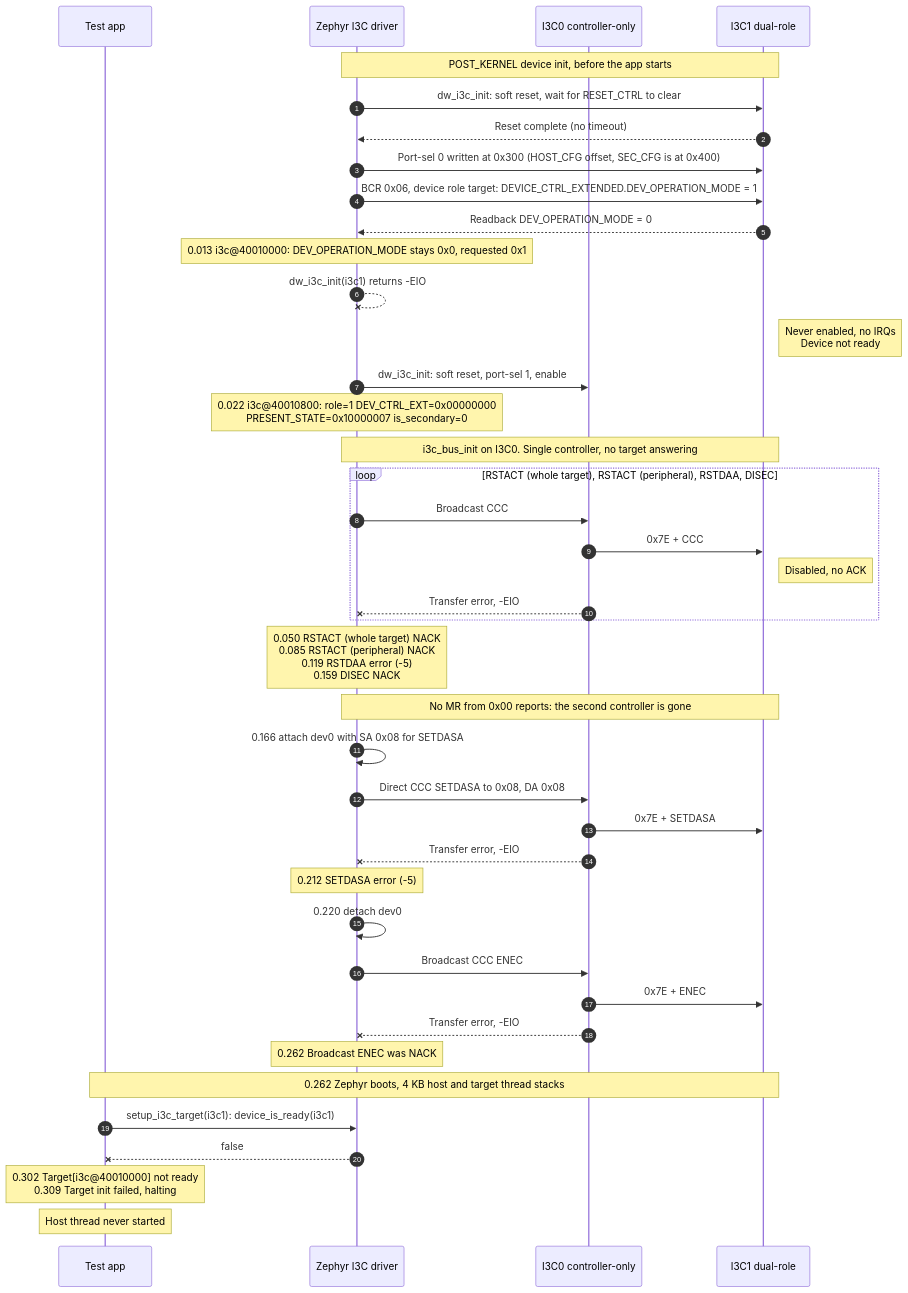
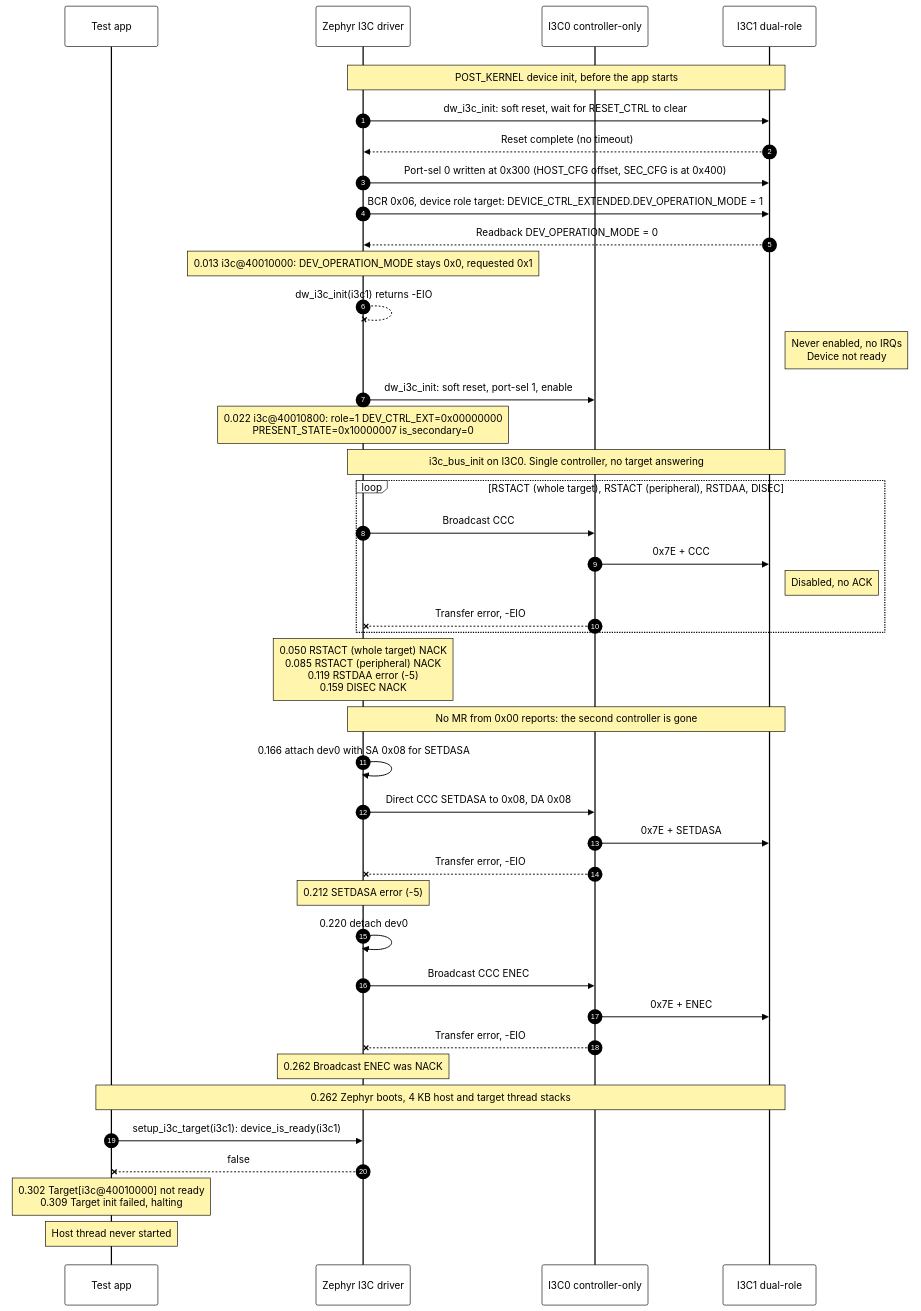
Before and after one commit to MicrochipTech/zephyr: the diagram in samples/drivers/i3c/mec175x_mecc_card_i3c_loopback_test_fail_after_bcr_dts.md, drawn with Mermaid. The commit also changed 3 other files, not shown here.

Commit message:
diagrams

````diff
--- a/samples/drivers/i3c/mec175x_mecc_card_i3c_loopback_test_fail_after_bcr_dts.md
+++ b/samples/drivers/i3c/mec175x_mecc_card_i3c_loopback_test_fail_after_bcr_dts.md
@@ -12,49 +12,52 @@
 ```mermaid
+%%{init: {"theme": "base", "themeVariables": {"background": "#ffffff", "fontSize": "14px", "primaryColor": "#ffffff", "primaryTextColor": "#000000", "primaryBorderColor": "#000000", "textColor": "#000000", "lineColor": "#000000", "actorBkg": "#ffffff", "actorBorder": "#000000", "actorTextColor": "#000000", "actorLineColor": "#000000", "signalColor": "#000000", "signalTextColor": "#000000", "labelBoxBkgColor": "#ffffff", "labelBoxBorderColor": "#000000", "labelTextColor": "#000000", "loopTextColor": "#000000", "noteBkgColor": "#fff5ad", "noteBorderColor": "#000000", "noteTextColor": "#000000", "sequenceNumberColor": "#ffffff"}}}%%
 sequenceDiagram
     autonumber
     participant APP as Test app
     participant DRV as Zephyr I3C driver
     participant I3C0 as I3C0 controller-only
     participant I3C1 as I3C1 dual-role
+    rect rgb(255, 255, 255)
 
-    Note over DRV,I3C1: POST_KERNEL device init, before the app starts
-    DRV->>I3C1: dw_i3c_init: soft reset, wait for RESET_CTRL to clear
-    I3C1-->>DRV: Reset complete (no timeout)
-    DRV->>I3C1: Port-sel 0 written at 0x300 (HOST_CFG offset, SEC_CFG is at 0x400)
-    DRV->>I3C1: BCR 0x06, device role target: DEVICE_CTRL_EXTENDED.DEV_OPERATION_MODE = 1
-    I3C1-->>DRV: Readback DEV_OPERATION_MODE = 0
-    Note over DRV: 0.013 i3c@40010000: DEV_OPERATION_MODE stays 0x0, requested 0x1
-    DRV --x DRV: dw_i3c_init(i3c1) returns -EIO
-    Note right of I3C1: Never enabled, no IRQs<br/>Device not ready
+        Note over DRV,I3C1: POST_KERNEL device init, before the app starts
+        DRV->>I3C1: dw_i3c_init: soft reset, wait for RESET_CTRL to clear
+        I3C1-->>DRV: Reset complete (no timeout)
+        DRV->>I3C1: Port-sel 0 written at 0x300 (HOST_CFG offset, SEC_CFG is at 0x400)
+        DRV->>I3C1: BCR 0x06, device role target: DEVICE_CTRL_EXTENDED.DEV_OPERATION_MODE = 1
+        I3C1-->>DRV: Readback DEV_OPERATION_MODE = 0
+        Note over DRV: 0.013 i3c@40010000: DEV_OPERATION_MODE stays 0x0, requested 0x1
+        DRV --x DRV: dw_i3c_init(i3c1) returns -EIO
+        Note right of I3C1: Never enabled, no IRQs<br/>Device not ready
 
-    DRV->>I3C0: dw_i3c_init: soft reset, port-sel 1, enable
-    Note over DRV: 0.022 i3c@40010800: role=1 DEV_CTRL_EXT=0x00000000<br/>PRESENT_STATE=0x10000007 is_secondary=0
+        DRV->>I3C0: dw_i3c_init: soft reset, port-sel 1, enable
+        Note over DRV: 0.022 i3c@40010800: role=1 DEV_CTRL_EXT=0x00000000<br/>PRESENT_STATE=0x10000007 is_secondary=0
 
-    Note over DRV,I3C1: i3c_bus_init on I3C0. Single controller, no target answering
-    loop RSTACT (whole target), RSTACT (peripheral), RSTDAA, DISEC
-        DRV->>I3C0: Broadcast CCC
-        I3C0->>I3C1: 0x7E + CCC
-        Note right of I3C1: Disabled, no ACK
+        Note over DRV,I3C1: i3c_bus_init on I3C0. Single controller, no target answering
+        loop RSTACT (whole target), RSTACT (peripheral), RSTDAA, DISEC
+            DRV->>I3C0: Broadcast CCC
+            I3C0->>I3C1: 0x7E + CCC
+            Note right of I3C1: Disabled, no ACK
+            I3C0 --x DRV: Transfer error, -EIO
+        end
+        Note over DRV: 0.050 RSTACT (whole target) NACK<br/>0.085 RSTACT (peripheral) NACK<br/>0.119 RSTDAA error (-5)<br/>0.159 DISEC NACK
+        Note over DRV,I3C1: No MR from 0x00 reports: the second controller is gone
+
+        DRV->>DRV: 0.166 attach dev0 with SA 0x08 for SETDASA
+        DRV->>I3C0: Direct CCC SETDASA to 0x08, DA 0x08
+        I3C0->>I3C1: 0x7E + SETDASA
         I3C0 --x DRV: Transfer error, -EIO
+        Note over DRV: 0.212 SETDASA error (-5)
+        DRV->>DRV: 0.220 detach dev0
+
+        DRV->>I3C0: Broadcast CCC ENEC
+        I3C0->>I3C1: 0x7E + ENEC
+        I3C0 --x DRV: Transfer error, -EIO
+        Note over DRV: 0.262 Broadcast ENEC was NACK
+
+        Note over APP,I3C1: 0.262 Zephyr boots, 4 KB host and target thread stacks
+        APP->>DRV: setup_i3c_target(i3c1): device_is_ready(i3c1)
+        DRV --x APP: false
+        Note over APP: 0.302 Target[i3c@40010000] not ready<br/>0.309 Target init failed, halting
+        Note over APP: Host thread never started
     end
-    Note over DRV: 0.050 RSTACT (whole target) NACK<br/>0.085 RSTACT (peripheral) NACK<br/>0.119 RSTDAA error (-5)<br/>0.159 DISEC NACK
-    Note over DRV,I3C1: No MR from 0x00 reports: the second controller is gone
-
-    DRV->>DRV: 0.166 attach dev0 with SA 0x08 for SETDASA
-    DRV->>I3C0: Direct CCC SETDASA to 0x08, DA 0x08
-    I3C0->>I3C1: 0x7E + SETDASA
-    I3C0 --x DRV: Transfer error, -EIO
-    Note over DRV: 0.212 SETDASA error (-5)
-    DRV->>DRV: 0.220 detach dev0
-
-    DRV->>I3C0: Broadcast CCC ENEC
-    I3C0->>I3C1: 0x7E + ENEC
-    I3C0 --x DRV: Transfer error, -EIO
-    Note over DRV: 0.262 Broadcast ENEC was NACK
-
-    Note over APP,I3C1: 0.262 Zephyr boots, 4 KB host and target thread stacks
-    APP->>DRV: setup_i3c_target(i3c1): device_is_ready(i3c1)
-    DRV --x APP: false
-    Note over APP: 0.302 Target[i3c@40010000] not ready<br/>0.309 Target init failed, halting
-    Note over APP: Host thread never started
 ```
````
